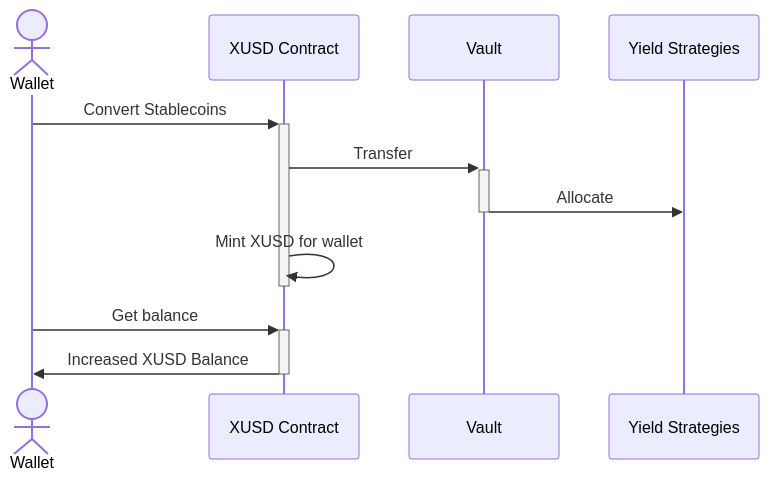
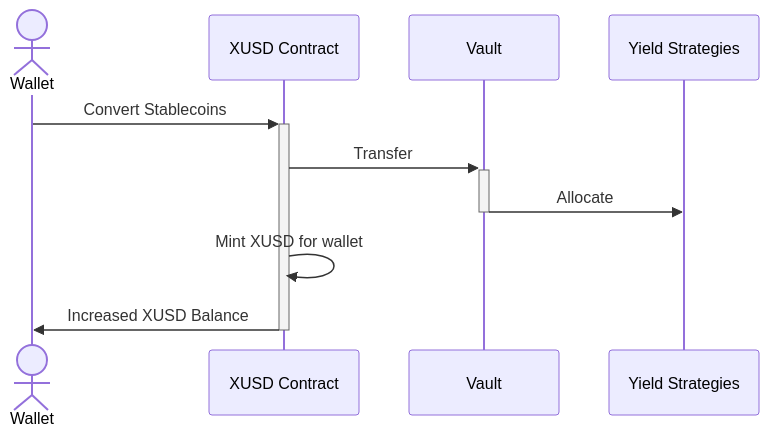
The first of 4 diagrams in docs/tokenomics.md (factor-finance/xusd-docs), drawn with Mermaid before and after one commit. The commit also changed other lines of this file, not shown here.

Commit message:
diagram tweaks

````diff
--- a/docs/tokenomics.md
+++ b/docs/tokenomics.md
@@ -10,16 +10,15 @@
 ```mermaid
     %%{init: { 'theme': dark' } }%%
 sequenceDiagram
     actor Wallet
     participant XUSD Contract
     participant Vault
     participant Yield Strategies
 
     Wallet->>+XUSD Contract: Convert Stablecoins
     XUSD Contract->>+Vault: Transfer
     Vault->>-Yield Strategies: Allocate
     XUSD Contract->>XUSD Contract: Mint XUSD for wallet
+    XUSD Contract->>Wallet: Increased XUSD Balance
     deactivate XUSD Contract
-    Wallet->>+XUSD Contract: Get balance
-    XUSD Contract->>-Wallet: Increased XUSD Balance
 ```
````
